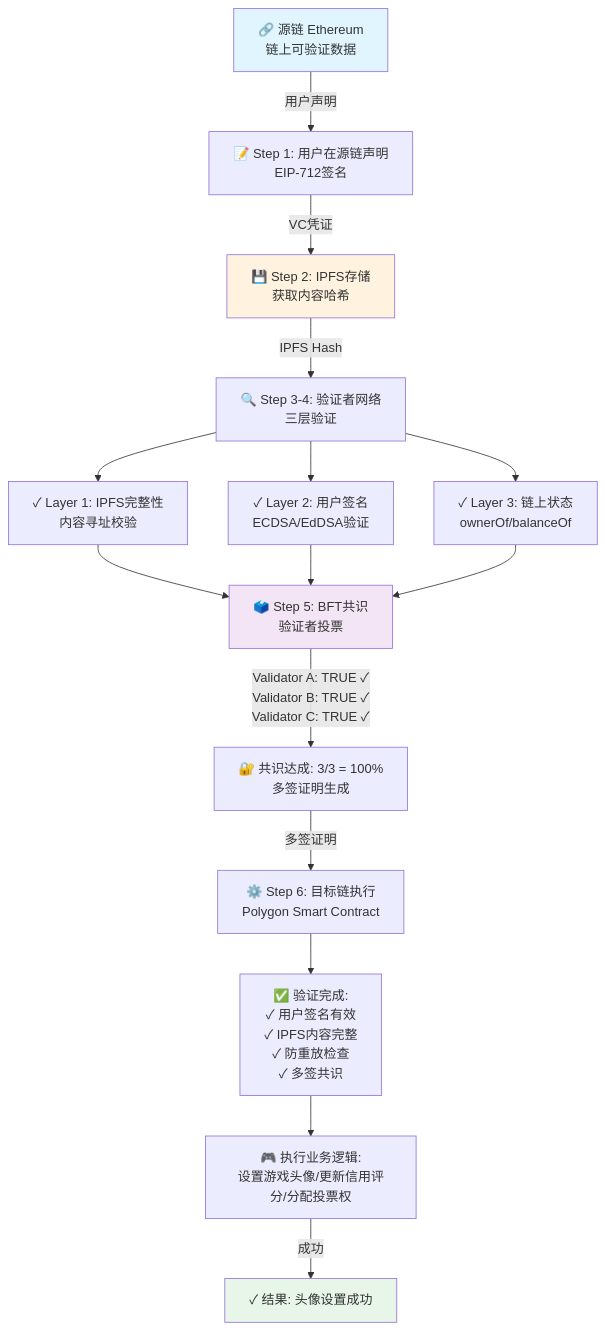
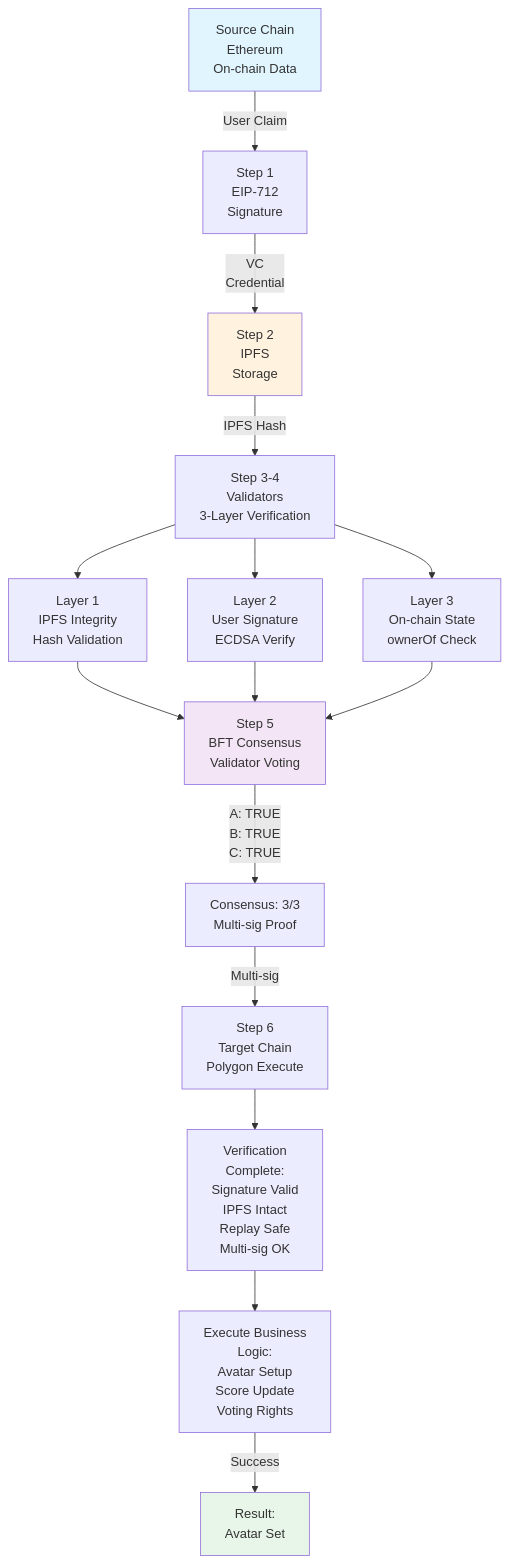
One commit to JCCDex/jcc_document changed the first of 17 diagrams in src/jcc_blog/pic.md. Above: the diagram before and after it, drawn with Mermaid. The commit also changed other lines of this file, not shown here.

First line of the commit message:
Fix Mermaid 8.9.2 compatibility issues

````diff
--- a/src/jcc_blog/pic.md
+++ b/src/jcc_blog/pic.md
@@ -5,28 +5,28 @@
 ```mermaid
 graph TD
-    A["🔗 源链 Ethereum<br/>链上可验证数据"] -->|用户声明| B["📝 Step 1: 用户在源链声明<br/>EIP-712签名"]
-    B -->|VC凭证| C["💾 Step 2: IPFS存储<br/>获取内容哈希"]
-    C -->|IPFS Hash| D["🔍 Step 3-4: 验证者网络<br/>三层验证"]
+    A["Source Chain<br/>Ethereum<br/>On-chain Data"] -->|User Claim| B["Step 1<br/>EIP-712<br/>Signature"]
+    B -->|VC<br/>Credential| C["Step 2<br/>IPFS<br/>Storage"]
+    C -->|IPFS Hash| D["Step 3-4<br/>Validators<br/>3-Layer Verification"]
     
-    D --> E["✓ Layer 1: IPFS完整性<br/>内容寻址校验"]
-    D --> F["✓ Layer 2: 用户签名<br/>ECDSA/EdDSA验证"]
-    D --> G["✓ Layer 3: 链上状态<br/>ownerOf/balanceOf"]
+    D --> E["Layer 1<br/>IPFS Integrity<br/>Hash Validation"]
+    D --> F["Layer 2<br/>User Signature<br/>ECDSA Verify"]
+    D --> G["Layer 3<br/>On-chain State<br/>ownerOf Check"]
     
-    E --> H["🗳️ Step 5: BFT共识<br/>验证者投票"]
+    E --> H["Step 5<br/>BFT Consensus<br/>Validator Voting"]
     F --> H
     G --> H
     
-    H -->|Validator A: TRUE ✓<br/>Validator B: TRUE ✓<br/>Validator C: TRUE ✓| I["🔐 共识达成: 3/3 = 100%<br/>多签证明生成"]
+    H -->|A: TRUE<br/>B: TRUE<br/>C: TRUE| I["Consensus: 3/3<br/>Multi-sig Proof"]
     
-    I -->|多签证明| J["⚙️ Step 6: 目标链执行<br/>Polygon Smart Contract"]
+    I -->|Multi-sig| J["Step 6<br/>Target Chain<br/>Polygon Execute"]
     
-    J --> K["✅ 验证完成:<br/>✓ 用户签名有效<br/>✓ IPFS内容完整<br/>✓ 防重放检查<br/>✓ 多签共识"]
+    J --> K["Verification<br/>Complete:<br/>Signature Valid<br/>IPFS Intact<br/>Replay Safe<br/>Multi-sig OK"]
     
-    K --> L["🎮 执行业务逻辑:<br/>设置游戏头像/更新信用评分/分配投票权"]
-    L -->|成功| M["✓ 结果: 头像设置成功"]
+    K --> L["Execute Business<br/>Logic:<br/>Avatar Setup<br/>Score Update<br/>Voting Rights"]
+    L -->|Success| M["Result:<br/>Avatar Set"]
     
     style A fill:#e1f5ff
     style C fill:#fff3e0
     style H fill:#f3e5f5
     style M fill:#e8f5e9
 ```
````
